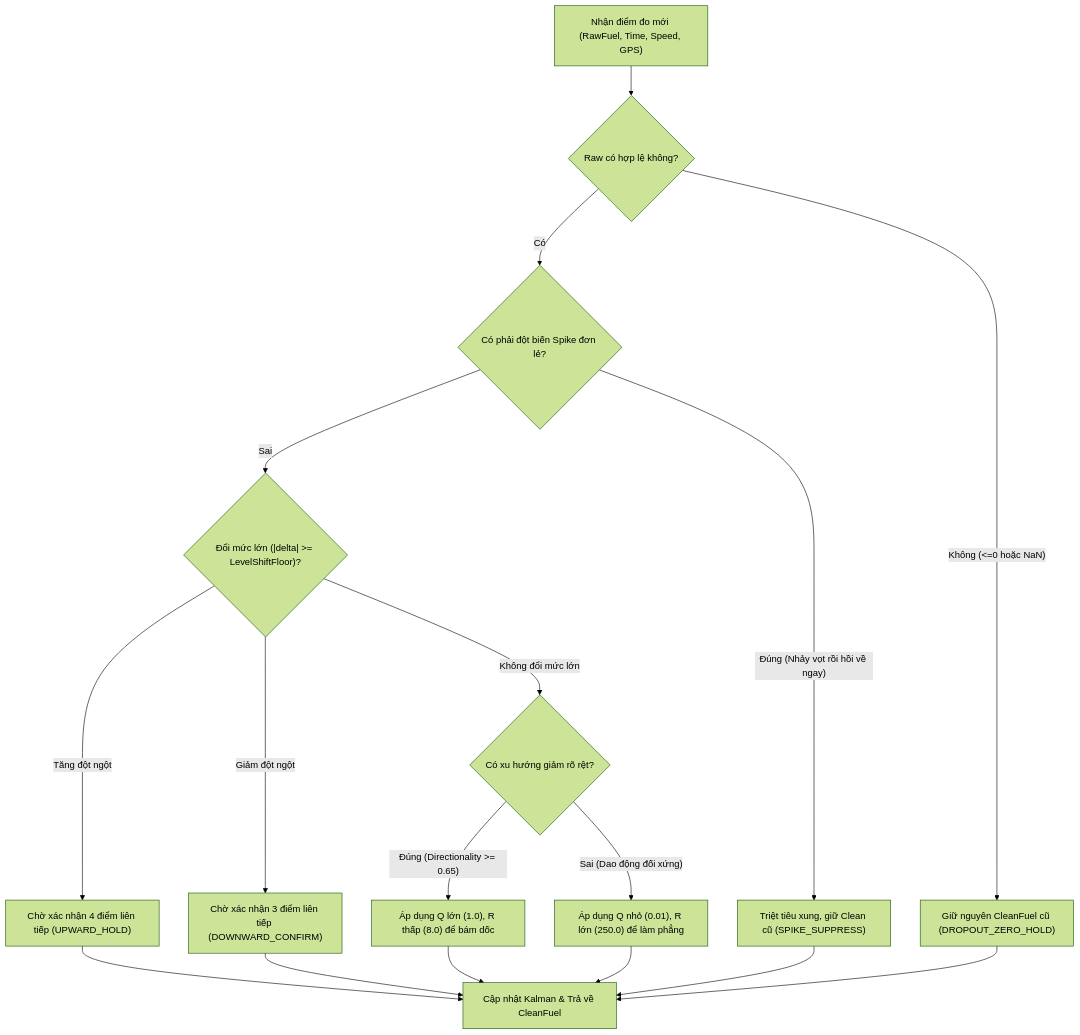
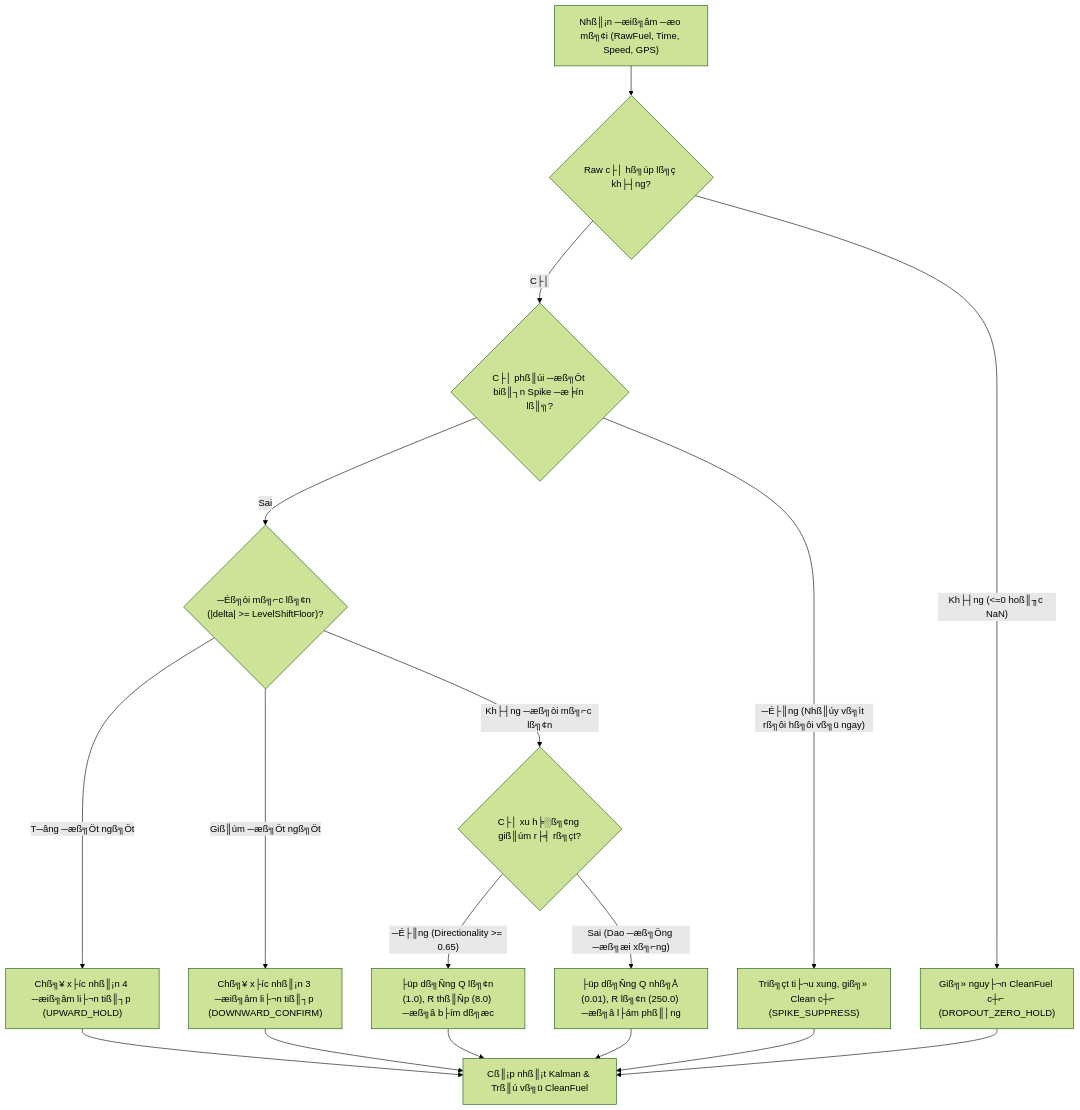
The third of 4 diagrams in README.md (HOANGTHI2509/THUCTAP-VICOMSAT-D1), drawn with Mermaid (forest theme) before and after one commit. The commit also changed other lines of this file, not shown here.

````diff
--- a/README.md
+++ b/README.md
@@ -345,19 +376,19 @@
 ```mermaid
 flowchart TD
-    A["Nhận điểm đo mới (RawFuel, Time, Speed, GPS)"] --> B{"Raw có hợp lệ không?"}
-    B -- "Không (<=0 hoặc NaN)" --> C["Giữ nguyên CleanFuel cũ (DROPOUT_ZERO_HOLD)"]
-    B -- "Có" --> D{"Có phải đột biến Spike đơn lẻ?"}
-    D -- "Đúng (Nhảy vọt rồi hồi về ngay)" --> E["Triệt tiêu xung, giữ Clean cũ (SPIKE_SUPPRESS)"]
-    D -- "Sai" --> F{"Đổi mức lớn (|delta| >= LevelShiftFloor)?"}
-    F -- "Tăng đột ngột" --> G["Chờ xác nhận 4 điểm liên tiếp (UPWARD_HOLD)"]
-    F -- "Giảm đột ngột" --> H["Chờ xác nhận 3 điểm liên tiếp (DOWNWARD_CONFIRM)"]
-    F -- "Không đổi mức lớn" --> I{"Có xu hướng giảm rõ rệt?"}
-    I -- "Đúng (Directionality >= 0.65)" --> J["Áp dụng Q lớn (1.0), R thấp (8.0) để bám dốc"]
-    I -- "Sai (Dao động đối xứng)" --> K["Áp dụng Q nhỏ (0.01), R lớn (250.0) để làm phẳng"]
-    G --> L["Cập nhật Kalman & Trả về CleanFuel"]
+    A["Nhß║¡n ─æiß╗âm ─æo mß╗¢i (RawFuel, Time, Speed, GPS)"] --> B{"Raw c├│ hß╗úp lß╗ç kh├┤ng?"}
+    B -- "Kh├┤ng (<=0 hoß║╖c NaN)" --> C["Giß╗» nguy├¬n CleanFuel c┼⌐ (DROPOUT_ZERO_HOLD)"]
+    B -- "C├│" --> D{"C├│ phß║úi ─æß╗Öt biß║┐n Spike ─æ╞ín lß║╗?"}
+    D -- "─É├║ng (Nhß║úy vß╗ìt rß╗ôi hß╗ôi vß╗ü ngay)" --> E["Triß╗çt ti├¬u xung, giß╗» Clean c┼⌐ (SPIKE_SUPPRESS)"]
+    D -- "Sai" --> F{"─Éß╗òi mß╗⌐c lß╗¢n (|delta| >= LevelShiftFloor)?"}
+    F -- "T─âng ─æß╗Öt ngß╗Öt" --> G["Chß╗¥ x├íc nhß║¡n 4 ─æiß╗âm li├¬n tiß║┐p (UPWARD_HOLD)"]
+    F -- "Giß║úm ─æß╗Öt ngß╗Öt" --> H["Chß╗¥ x├íc nhß║¡n 3 ─æiß╗âm li├¬n tiß║┐p (DOWNWARD_CONFIRM)"]
+    F -- "Kh├┤ng ─æß╗òi mß╗⌐c lß╗¢n" --> I{"C├│ xu h╞░ß╗¢ng giß║úm r├╡ rß╗çt?"}
+    I -- "─É├║ng (Directionality >= 0.65)" --> J["├üp dß╗Ñng Q lß╗¢n (1.0), R thß║Ñp (8.0) ─æß╗â b├ím dß╗æc"]
+    I -- "Sai (Dao ─æß╗Öng ─æß╗æi xß╗⌐ng)" --> K["├üp dß╗Ñng Q nhß╗Å (0.01), R lß╗¢n (250.0) ─æß╗â l├ám phß║│ng"]
+    G --> L["Cß║¡p nhß║¡t Kalman & Trß║ú vß╗ü CleanFuel"]
     H --> L
     J --> L
     K --> L
     E --> L
     C --> L
 ```
````
